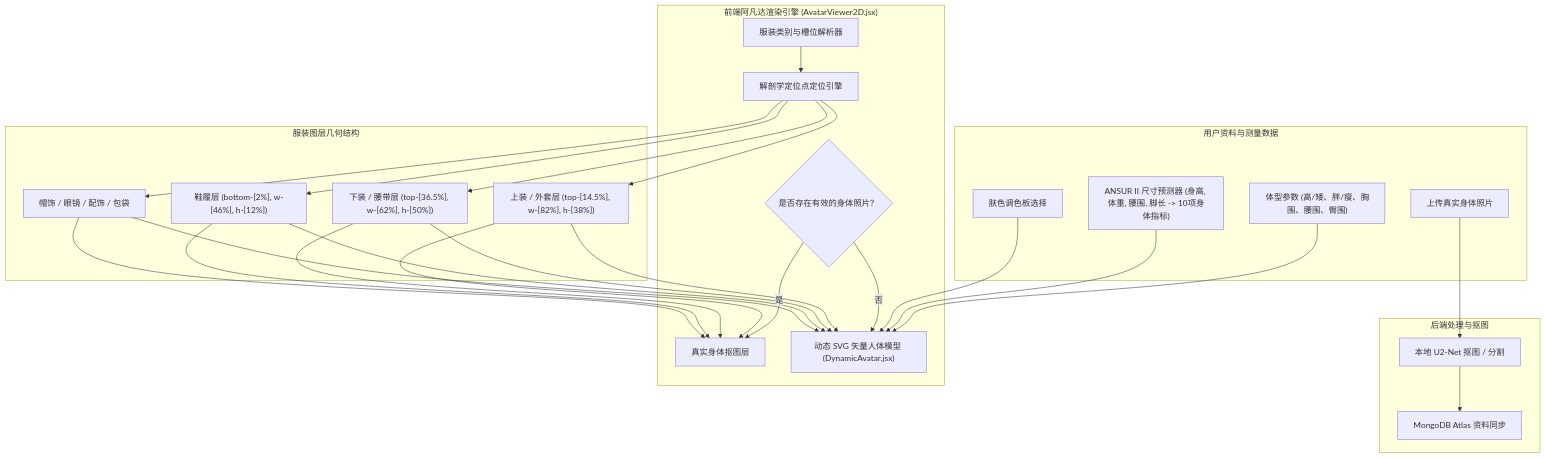
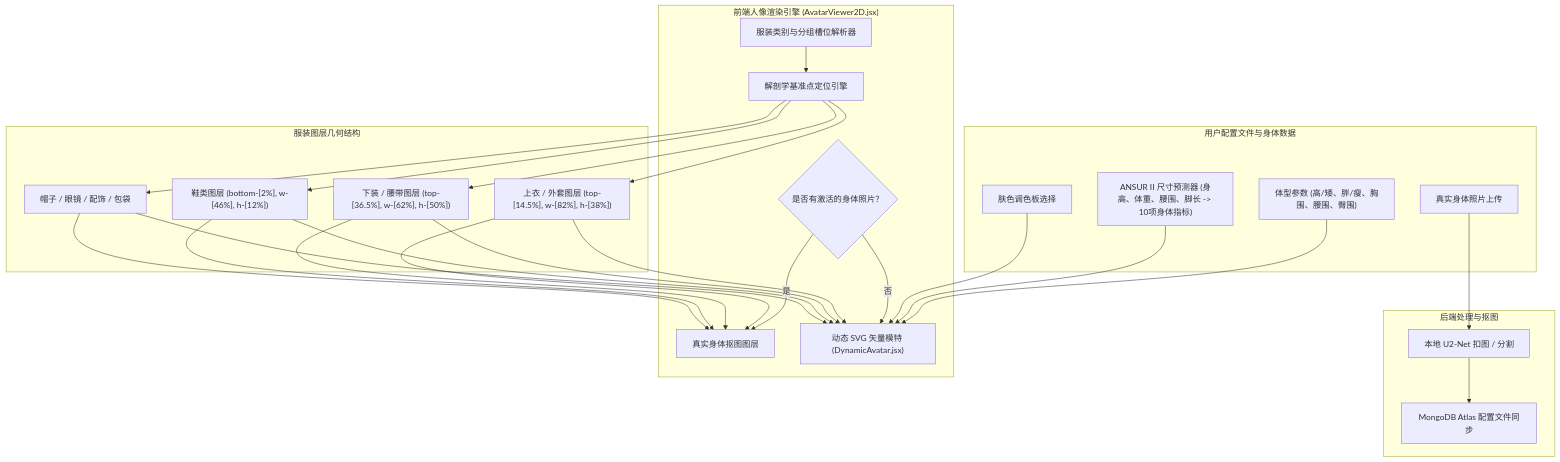
One commit to Yoram-Jacobs/DressAppV1 changed the diagram in wiki/zh/Avatar.md. Above: the diagram before and after it, drawn with Mermaid. The commit also changed other lines of this file and 11 other files, not shown here.

Commit message:
docs(i18n): translate Avatar.md architecture guide across all 12 supported languages

````diff
--- a/wiki/zh/Avatar.md
+++ b/wiki/zh/Avatar.md
@@ -17,41 +17,41 @@
 ```mermaid
 flowchart TD
-    subgraph UserProfile["用户资料与测量数据"]
-        U_Photo["上传真实身体照片"]
+    subgraph UserProfile["用户配置文件与身体数据"]
+        U_Photo["真实身体照片上传"]
         U_Tone["肤色调色板选择"]
         U_Params["体型参数 (高/矮、胖/瘦、胸围、腰围、臀围)"]
-        U_Sizing["ANSUR II 尺寸预测器 (身高, 体重, 腰围, 脚长 -> 10项身体指标)"]
+        U_Sizing["ANSUR II 尺寸预测器 (身高、体重、腰围、脚长 -> 10项身体指标)"]
     end
 
     subgraph BackendIngest["后端处理与抠图"]
-        Rembg["本地 U2-Net 抠图 / 分割"]
-        Mongo["MongoDB Atlas 资料同步"]
+        Rembg["本地 U2-Net 扣图 / 分割"]
+        Mongo["MongoDB Atlas 配置文件同步"]
     end
 
-    subgraph AvatarEngine["前端阿凡达渲染引擎 (AvatarViewer2D.jsx)"]
-        ModeCheck{"是否存在有效的身体照片？"}
-        PhotoView["真实身体抠图层"]
-        MannequinView["动态 SVG 矢量人体模型 (DynamicAvatar.jsx)"]
+    subgraph AvatarEngine["前端人像渲染引擎 (AvatarViewer2D.jsx)"]
+        ModeCheck{"是否有激活的身体照片？"}
+        PhotoView["真实身体抠图图层"]
+        MannequinView["动态 SVG 矢量模特 (DynamicAvatar.jsx)"]
         
-        GarmentResolver["服装类别与槽位解析器"]
-        LandmarkCalc["解剖学定位点定位引擎"]
+        GarmentResolver["服装类别与分组槽位解析器"]
+        LandmarkCalc["解剖学基准点定位引擎"]
     end
 
     subgraph OverlayGeometry["服装图层几何结构"]
-        TopLayer["上装 / 外套层 (top-[14.5%], w-[82%], h-[38%])"]
-        BottomLayer["下装 / 腰带层 (top-[36.5%], w-[62%], h-[50%])"]
-        ShoesLayer["鞋履层 (bottom-[2%], w-[46%], h-[12%])"]
-        AccessoryLayers["帽饰 / 眼镜 / 配饰 / 包袋"]
+        TopLayer["上衣 / 外套图层 (top-[14.5%], w-[82%], h-[38%])"]
+        BottomLayer["下装 / 腰带图层 (top-[36.5%], w-[62%], h-[50%])"]
+        ShoesLayer["鞋类图层 (bottom-[2%], w-[46%], h-[12%])"]
+        AccessoryLayers["帽子 / 眼镜 / 配饰 / 包袋"]
     end
 
     U_Photo --> Rembg --> Mongo
     U_Params & U_Sizing --> MannequinView
     U_Tone --> MannequinView
     
     ModeCheck -- 是 --> PhotoView
     ModeCheck -- 否 --> MannequinView
 
     GarmentResolver --> LandmarkCalc
     LandmarkCalc --> TopLayer & BottomLayer & ShoesLayer & AccessoryLayers
     TopLayer & BottomLayer & ShoesLayer & AccessoryLayers --> PhotoView & MannequinView
 ```
````
